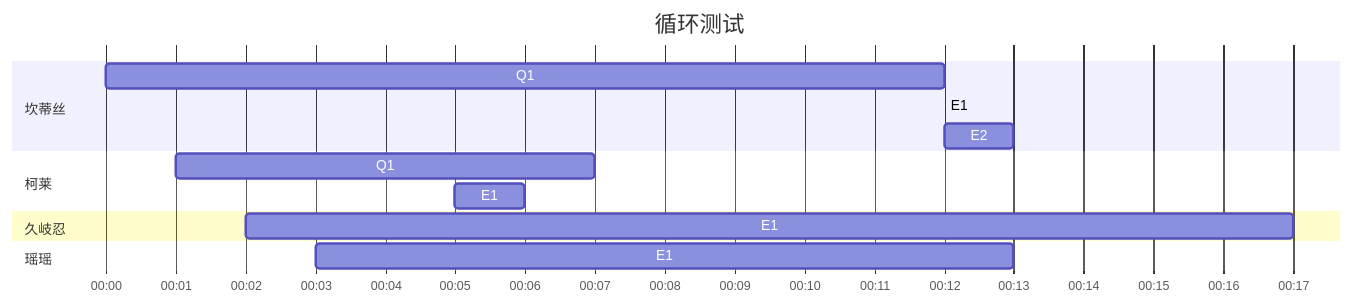
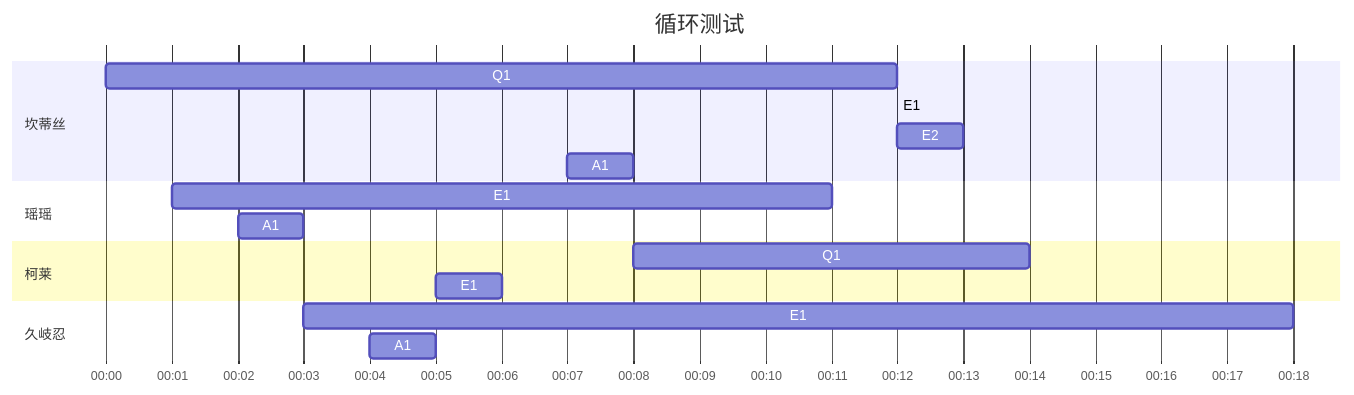
The second of 2 diagrams in _drafts/2022-1.md (JiYouMCC/JiYouMCC.github.io), drawn with Mermaid before and after one commit.

````diff
--- a/_drafts/2022-1.md
+++ b/_drafts/2022-1.md
@@ -21,21 +21,26 @@
 ```mermaid
 gantt
     title 循环测试
     axisFormat %M:%S
     todayMarker off
     
     section 坎蒂丝
     Q1   :    2023-01-29 12:00:00, 12s
     E1   :    2023-01-29 12:00:06 1s
     E2   :    2023-01-29 12:00:12, 1s
+    A1   :    2023-01-29 12:00:07, 1s
+    
+    section 瑶瑶
+    E1   :    2023-01-29 12:00:01, 10s
+    A1   :    2023-01-29 12:00:02, 1s
     
     section 柯莱
-    Q1   :    2023-01-29 12:00:01, 6s
+    Q1   :    2023-01-29 12:00:08, 6s
     E1   :    2023-01-29 12:00:05, 1s
     
     section 久岐忍
-    E1   :    2023-01-29 12:00:02, 15s
+    E1   :    2023-01-29 12:00:03, 15s
+    A1   :    2023-01-29 12:00:04, 1s
     
-    section 瑶瑶
-    E1   :    2023-01-29 12:00:03, 10s
+    
 ```
````
